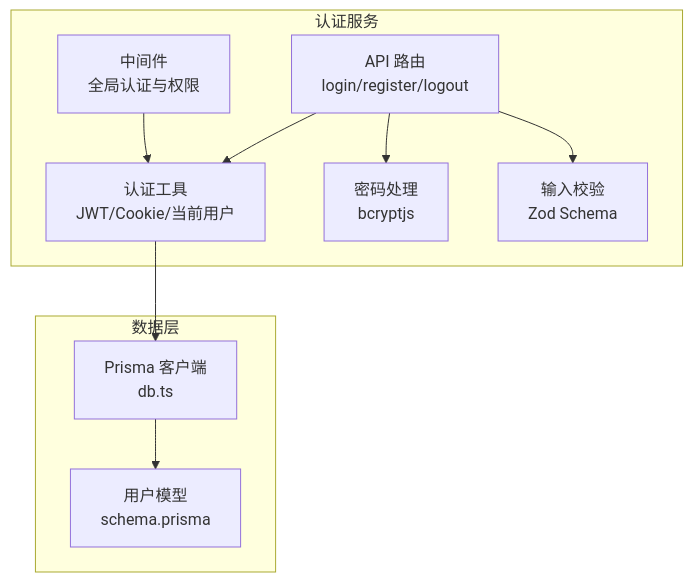
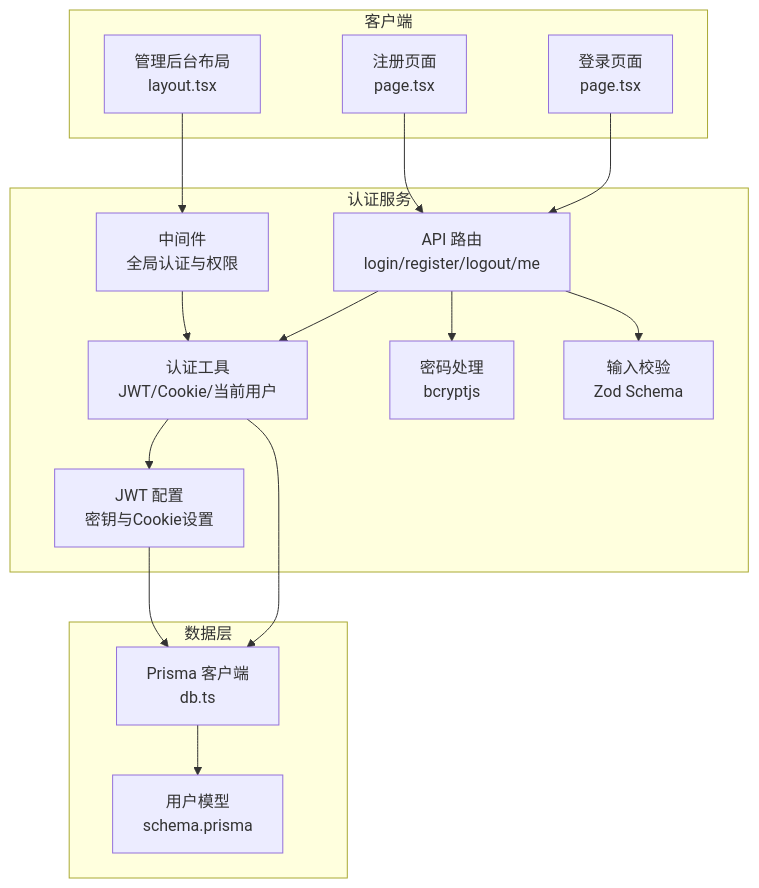
One commit to three3638-arch/celestia_2b changed the first of 5 diagrams in .qoder/repowiki/zh/content/认证系统/认证系统.md. Above: the diagram before and after it, drawn with Mermaid. The commit also changed other lines of this file and 17 other files, not shown here.

````diff
--- a/.qoder/repowiki/zh/content/认证系统/认证系统.md
+++ b/.qoder/repowiki/zh/content/认证系统/认证系统.md
@@ -44,20 +60,31 @@
 ```mermaid
 graph TB
 subgraph "认证服务"
-A["API 路由<br/>login/register/logout"]
+A["API 路由<br/>login/register/logout/me"]
 B["认证工具<br/>JWT/Cookie/当前用户"]
 C["密码处理<br/>bcryptjs"]
 D["输入校验<br/>Zod Schema"]
 E["中间件<br/>全局认证与权限"]
+F["JWT 配置<br/>密钥与Cookie设置"]
 end
 subgraph "数据层"
-F["Prisma 客户端<br/>db.ts"]
-G["用户模型<br/>schema.prisma"]
+G["Prisma 客户端<br/>db.ts"]
+H["用户模型<br/>schema.prisma"]
+end
+subgraph "客户端"
+I["登录页面<br/>page.tsx"]
+J["注册页面<br/>page.tsx"]
+K["管理后台布局<br/>layout.tsx"]
 end
 A --> B
 A --> C
 A --> D
 B --> F
+B --> G
 F --> G
+G --> H
 E --> B
+I --> A
+J --> A
+K --> E
 ```
````
